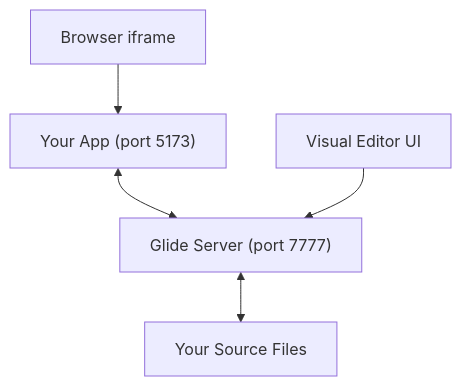
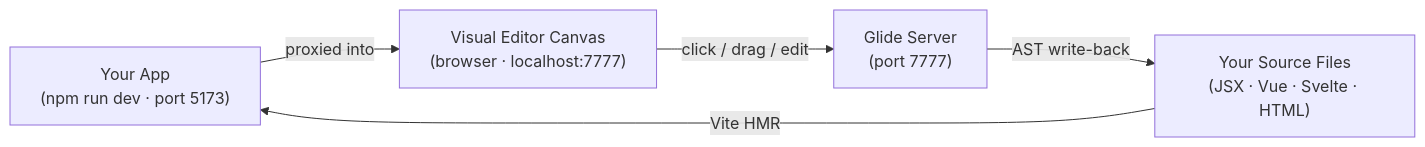
The diagram in README.md (SrivarsanK/Glide), drawn with Mermaid before and after one commit.

Commit message:
docs: fix How It Works flowchart to show accurate data flow

````diff
--- a/README.md
+++ b/README.md
@@ -17,7 +17,12 @@
 ```mermaid
-flowchart TD
-    App["Your App (port 5173)"] <--> Server["Glide Server (port 7777)"]
-    Server <--> Files["Your Source Files"]
-    Iframe["Browser iframe"] --> App
-    UI["Visual Editor UI"] --> Server
+flowchart LR
+    App["Your App\n(npm run dev · port 5173)"]
+    Server["Glide Server\n(port 7777)"]
+    Canvas["Visual Editor Canvas\n(browser · localhost:7777)"]
+    Files["Your Source Files\n(JSX · Vue · Svelte · HTML)"]
+
+    App -->|"proxied into"| Canvas
+    Canvas -->|"click / drag / edit"| Server
+    Server -->|"AST write-back"| Files
+    Files -->|"Vite HMR"| App
 ```
````
